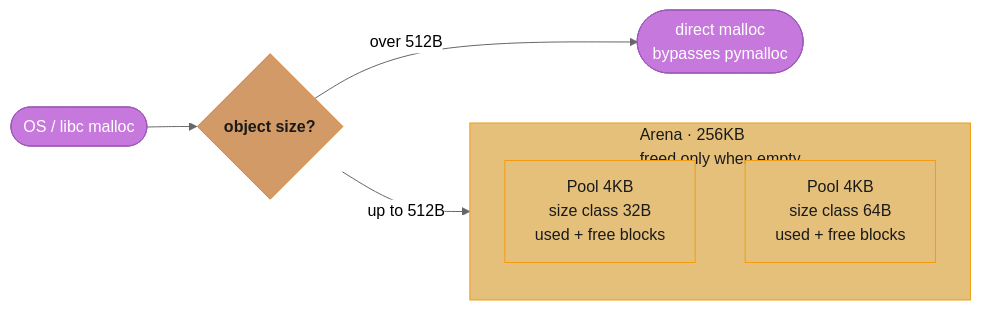
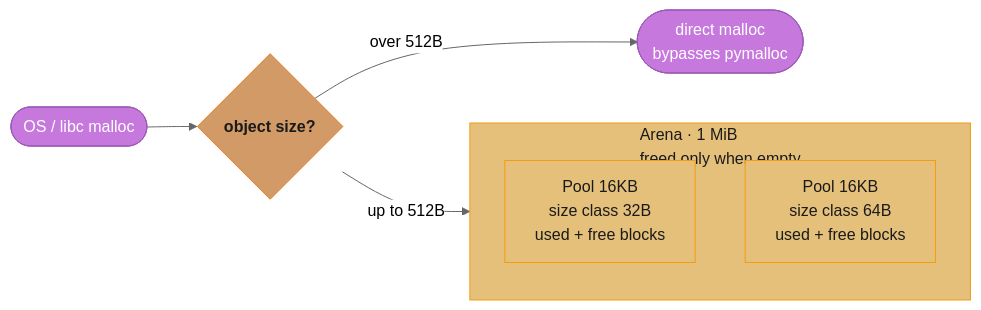
The second of 5 diagrams in src/main/java/com/rutik/systemdesign/python/cpython_memory_model/README.md (rppol/system-design), drawn with Mermaid (neutral theme) before and after one commit. The commit also changed other lines of this file and 4 other files, not shown here.

````diff
--- a/src/main/java/com/rutik/systemdesign/python/cpython_memory_model/README.md
+++ b/src/main/java/com/rutik/systemdesign/python/cpython_memory_model/README.md
@@ -150,24 +159,24 @@
 ```mermaid
 flowchart LR
     classDef io      fill:#61afef,stroke:#2e86c1,color:#1a1a1a,font-weight:bold
     classDef frozen  fill:#c678dd,stroke:#9b59b6,color:#fff
     classDef train   fill:#98c379,stroke:#27ae60,color:#1a1a1a
     classDef mathOp  fill:#d19a66,stroke:#e67e22,color:#1a1a1a,font-weight:bold
     classDef lossN   fill:#e06c75,stroke:#c0392b,color:#fff,font-weight:bold
     classDef req     fill:#56b6c2,stroke:#0097a7,color:#1a1a1a
     classDef base    fill:#e5c07b,stroke:#f39c12,color:#1a1a1a
 
     osmalloc(["OS / libc malloc"]) --> sizecheck{"object size?"}
     sizecheck -->|"up to 512B"| arenabox
     sizecheck -->|"over 512B"| direct(["direct malloc<br/>bypasses pymalloc"])
 
-    subgraph arenabox["Arena · 256KB<br/>freed only when empty"]
-        pool1["Pool 4KB<br/>size class 32B<br/>used + free blocks"]
-        pool2["Pool 4KB<br/>size class 64B<br/>used + free blocks"]
+    subgraph arenabox["Arena · 1 MiB<br/>freed only when empty"]
+        pool1["Pool 16KB<br/>size class 32B<br/>used + free blocks"]
+        pool2["Pool 16KB<br/>size class 64B<br/>used + free blocks"]
     end
 
     class osmalloc frozen
     class sizecheck mathOp
     class direct frozen
     class arenabox,pool1,pool2 base
 ```
````
